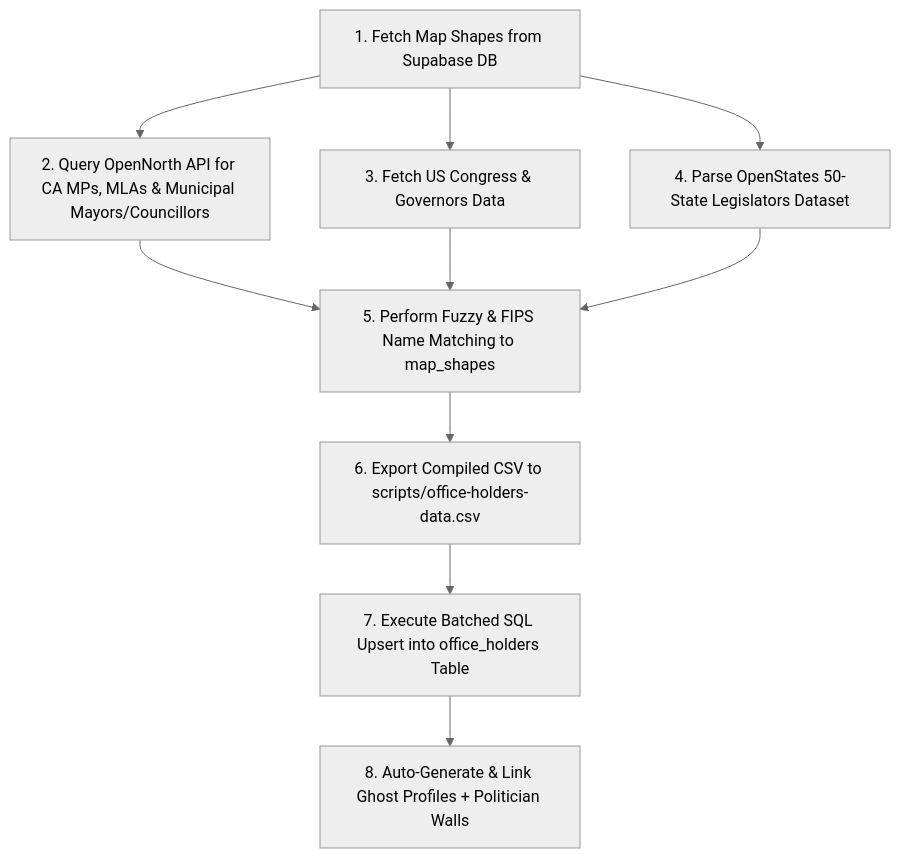
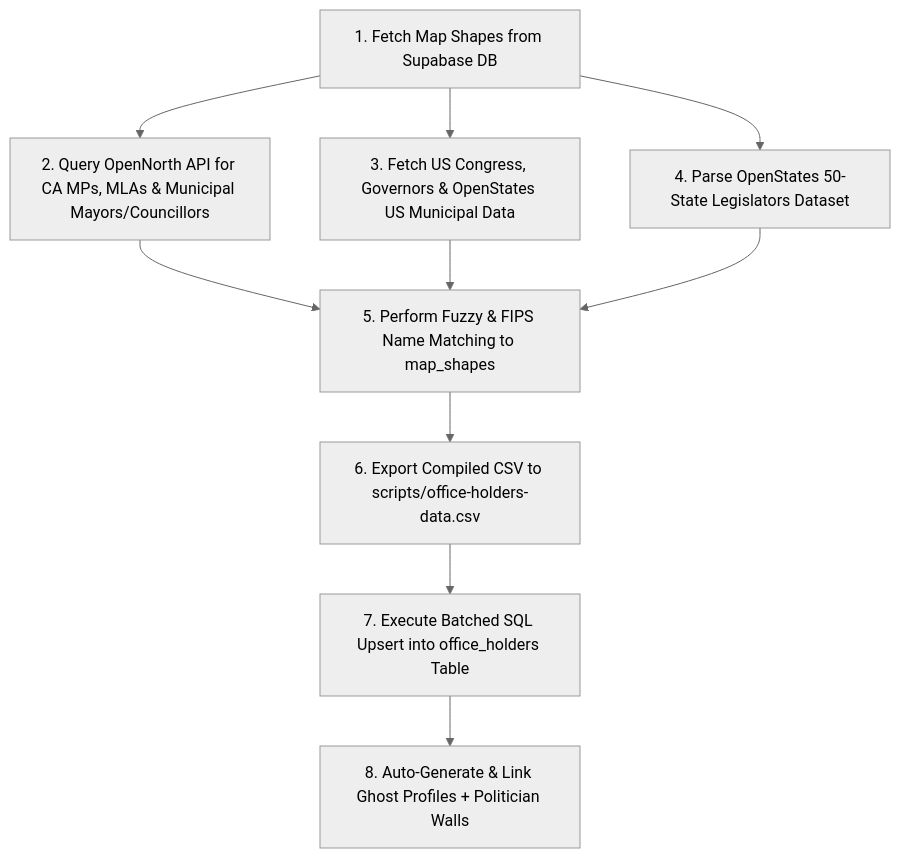
The diagram in OFFICE_HOLDERS_DATA_GUIDE.md (vmn2k4/srinath_choseno), drawn with Mermaid (neutral theme) before and after one commit. The commit also changed other lines of this file and 5 other files, not shown here.

````diff
--- a/OFFICE_HOLDERS_DATA_GUIDE.md
+++ b/OFFICE_HOLDERS_DATA_GUIDE.md
@@ -56,12 +58,12 @@
 ```mermaid
 flowchart TD
     A[1. Fetch Map Shapes from Supabase DB] --> B[2. Query OpenNorth API for CA MPs, MLAs & Municipal Mayors/Councillors]
-    A --> C[3. Fetch US Congress & Governors Data]
+    A --> C[3. Fetch US Congress, Governors & OpenStates US Municipal Data]
     A --> D[4. Parse OpenStates 50-State Legislators Dataset]
     B --> E[5. Perform Fuzzy & FIPS Name Matching to map_shapes]
     C --> E
     D --> E
     E --> F[6. Export Compiled CSV to scripts/office-holders-data.csv]
     F --> G[7. Execute Batched SQL Upsert into office_holders Table]
     G --> H[8. Auto-Generate & Link Ghost Profiles + Politician Walls]
 ```
````
